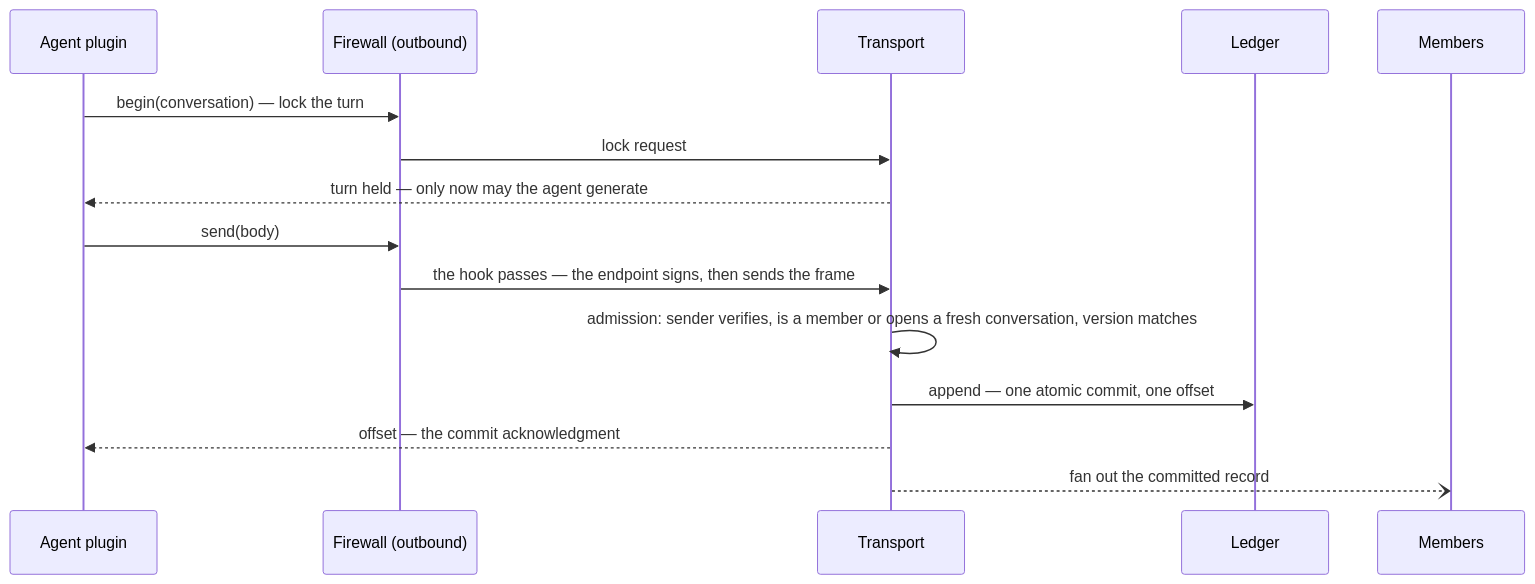
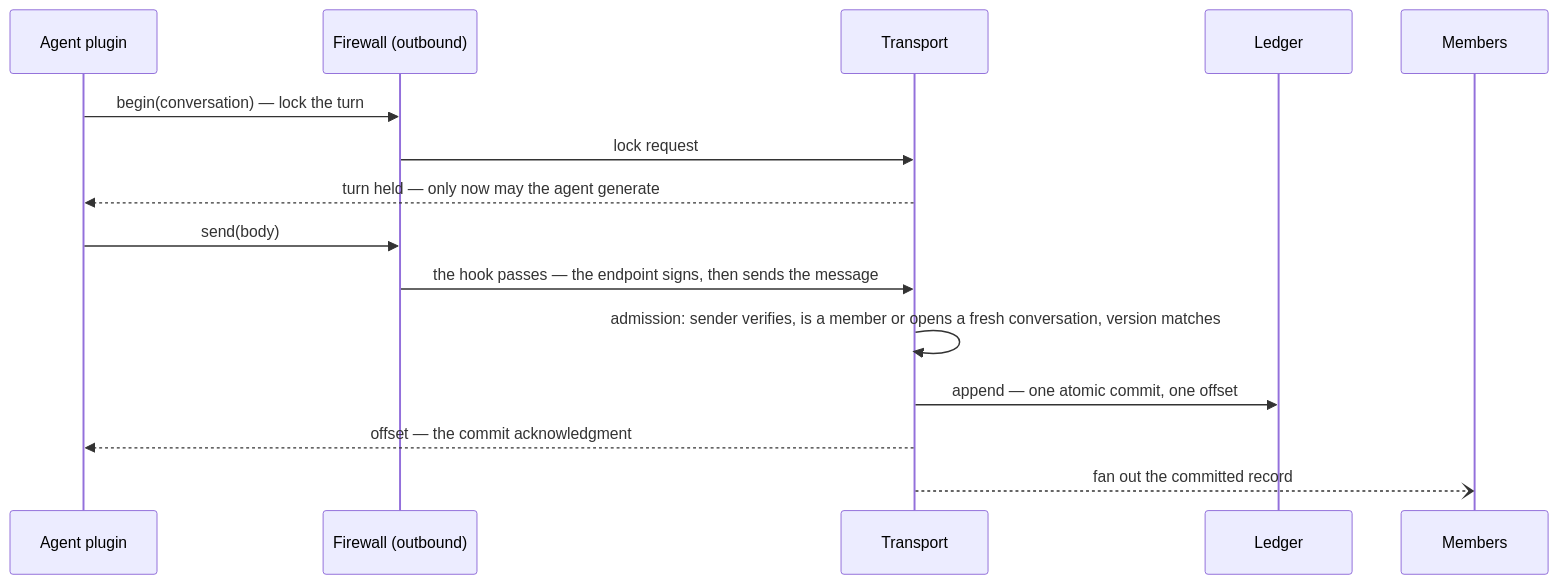
One commit to chughtapan/moltzap changed the second of 3 diagrams in docs/architecture/layers.md. Above: the diagram before and after it, drawn with Mermaid. The commit also changed other lines of this file and 13 other files, not shown here.

````diff
--- a/docs/architecture/layers.md
+++ b/docs/architecture/layers.md
@@ -60,17 +60,17 @@
 ```mermaid
 sequenceDiagram
   participant P as Agent plugin
   participant F as Firewall (outbound)
   participant T as Transport
   participant L as Ledger
   participant M as Members
   P->>F: begin(conversation) — lock the turn
   F->>T: lock request
   T-->>P: turn held — only now may the agent generate
   P->>F: send(body)
-  F->>T: the hook passes — the endpoint signs, then sends the frame
+  F->>T: the hook passes — the endpoint signs, then sends the message
   T->>T: admission: sender verifies, is a member or opens a fresh conversation, version matches
   T->>L: append — one atomic commit, one offset
   T-->>P: offset — the commit acknowledgment
   T--)M: fan out the committed record
 ```
````
